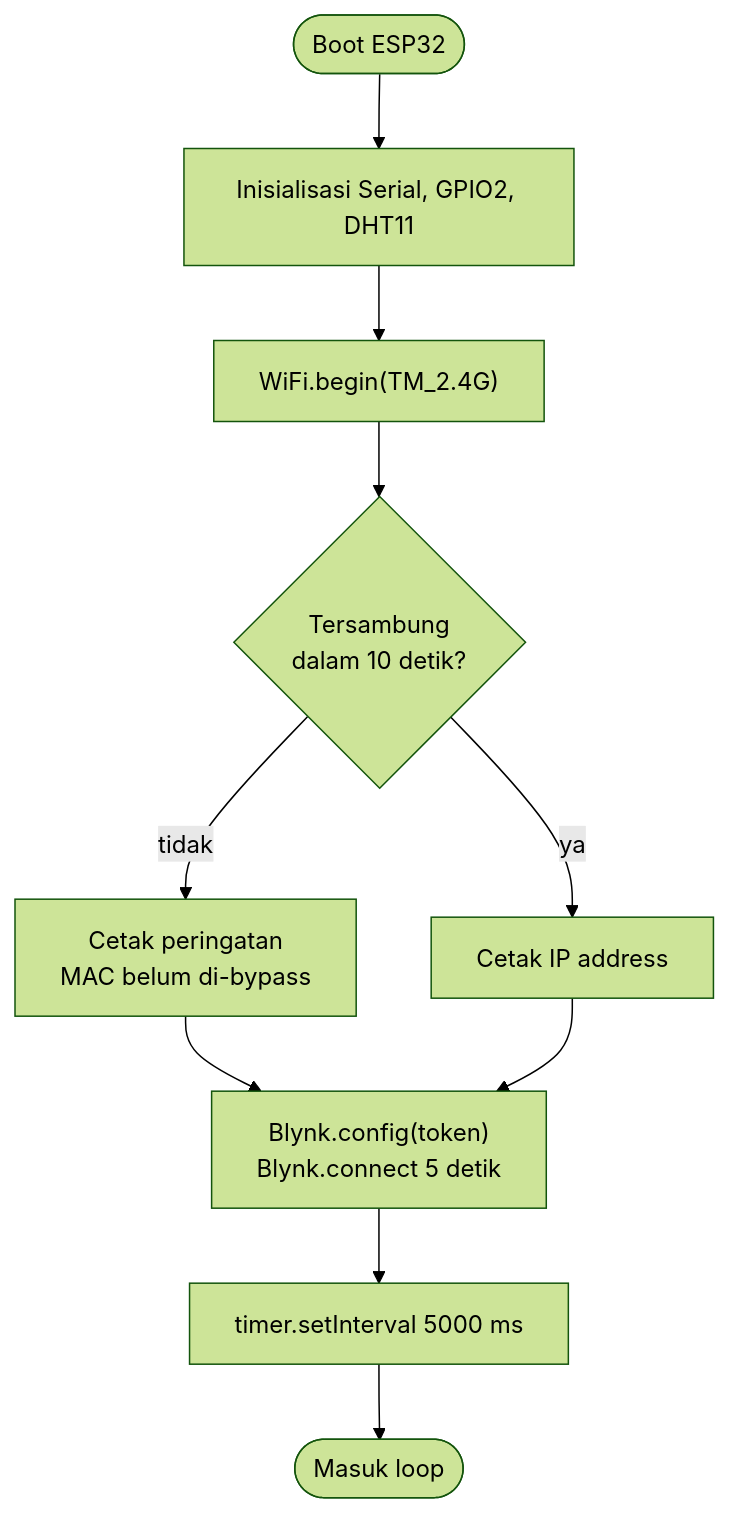
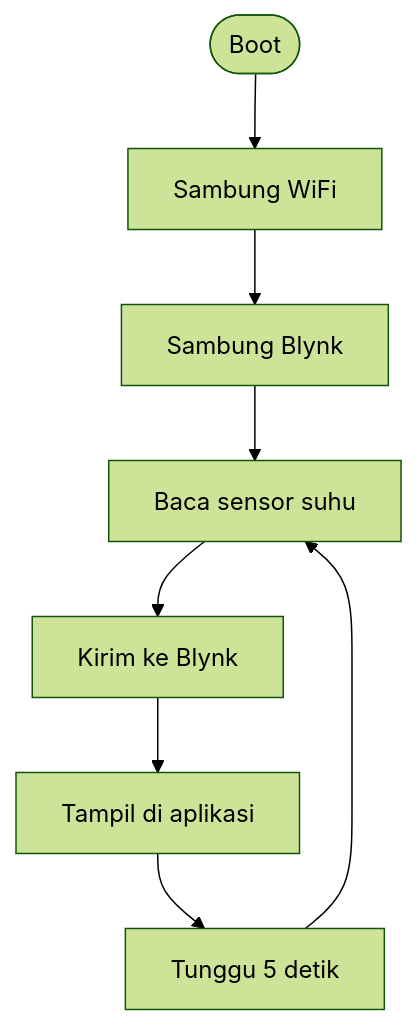
The first of 2 diagrams in docs/diagrams/flowchart-blynk.md (milanalfandiismail/IoT), drawn with Mermaid (forest theme) before and after one commit. The commit also changed other lines of this file and 5 other files, not shown here.

Commit message:
docs: sederhanakan block diagram dan flowchart Blynk

````diff
--- a/docs/diagrams/flowchart-blynk.md
+++ b/docs/diagrams/flowchart-blynk.md
@@ -5,12 +5,10 @@
 ```mermaid
 flowchart TB
-    A([Boot ESP32]) --> B["Inisialisasi Serial, GPIO2, DHT11"]
-    B --> C["WiFi.begin(TM_2.4G)"]
-    C --> D{"Tersambung<br/>dalam 10 detik?"}
-    D -- tidak --> E["Cetak peringatan<br/>MAC belum di-bypass"]
-    D -- ya --> F["Cetak IP address"]
-    E --> G["Blynk.config(token)<br/>Blynk.connect 5 detik"]
-    F --> G
-    G --> H["timer.setInterval 5000 ms"]
-    H --> I([Masuk loop])
+    A([Boot]) --> B[Sambung WiFi]
+    B --> C[Sambung Blynk]
+    C --> D[Baca sensor suhu]
+    D --> E[Kirim ke Blynk]
+    E --> F[Tampil di aplikasi]
+    F --> G[Tunggu 5 detik]
+    G --> D
 ```
````
